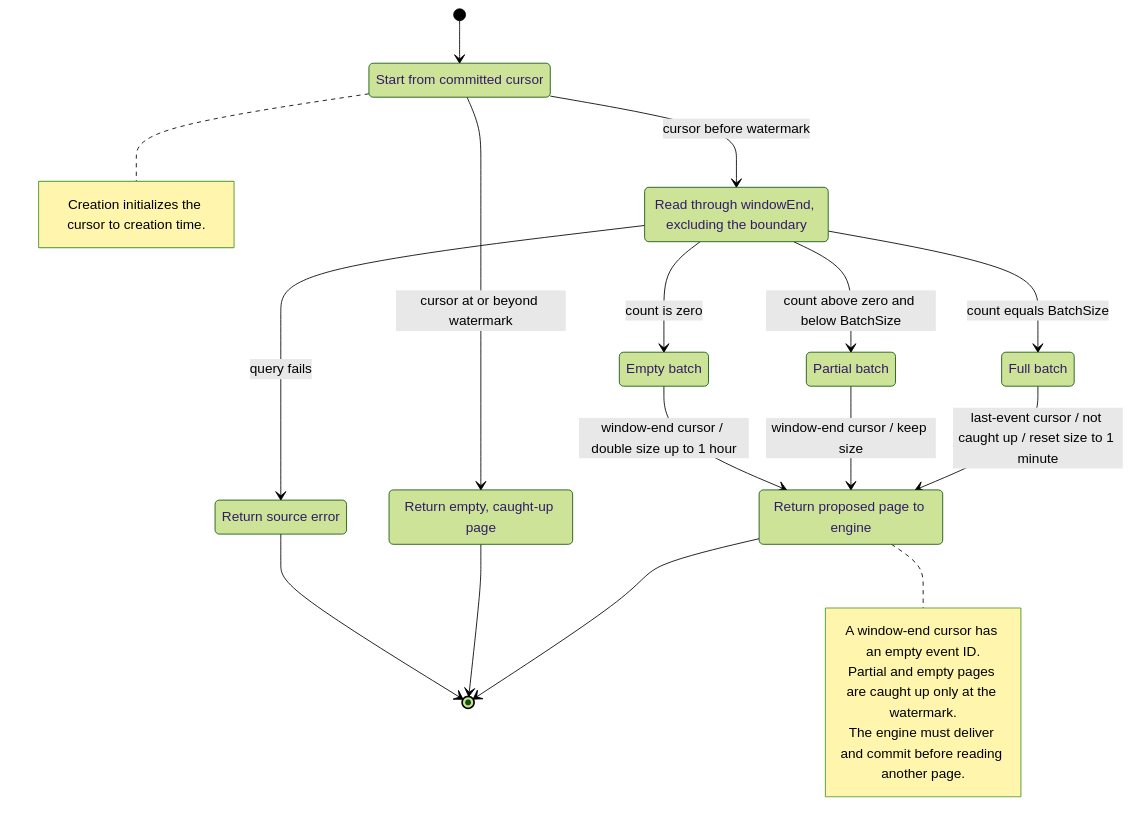
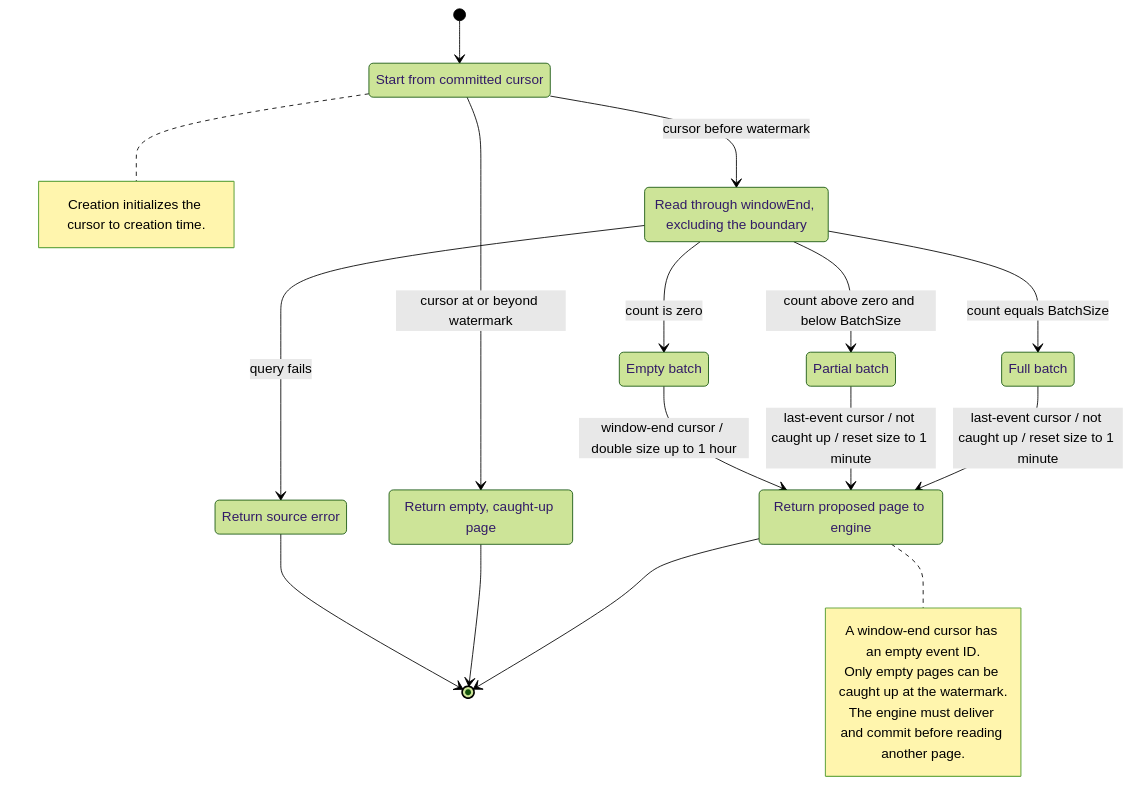
One commit to unkeyed/unkey changed the second of 2 diagrams in docs/engineering/architecture/services/logdrain/overview.mdx. Above: the diagram before and after it, drawn with Mermaid (forest theme). The commit also changed other lines of this file and 30 other files, not shown here.

````diff
--- a/docs/engineering/architecture/services/logdrain/overview.mdx
+++ b/docs/engineering/architecture/services/logdrain/overview.mdx
@@ -139,34 +161,34 @@
 ```mermaid
 stateDiagram-v2
     state "Start from committed cursor" as Start
     state "Read through windowEnd, excluding the boundary" as Query
     state "Full batch" as Full
     state "Partial batch" as Partial
     state "Empty batch" as Empty
     state "Return proposed page to engine" as Page
     state "Return empty, caught-up page" as CaughtUp
     state "Return source error" as Error
 
     [*] --> Start
     Start --> Query: cursor before watermark
     Start --> CaughtUp: cursor at or beyond watermark
     Query --> Full: count equals BatchSize
     Query --> Partial: count above zero and below BatchSize
     Query --> Empty: count is zero
     Query --> Error: query fails
     Full --> Page: last-event cursor / not caught up / reset size to 1 minute
-    Partial --> Page: window-end cursor / keep size
+    Partial --> Page: last-event cursor / not caught up / reset size to 1 minute
     Empty --> Page: window-end cursor / double size up to 1 hour
     Page --> [*]
     CaughtUp --> [*]
     Error --> [*]
 
     note right of Start
         Creation initializes the cursor to creation time.
     end note
     note right of Page
         A window-end cursor has an empty event ID.
-        Partial and empty pages are caught up only at the watermark.
+        Only empty pages can be caught up at the watermark.
         The engine must deliver and commit before reading another page.
     end note
 ```
````
